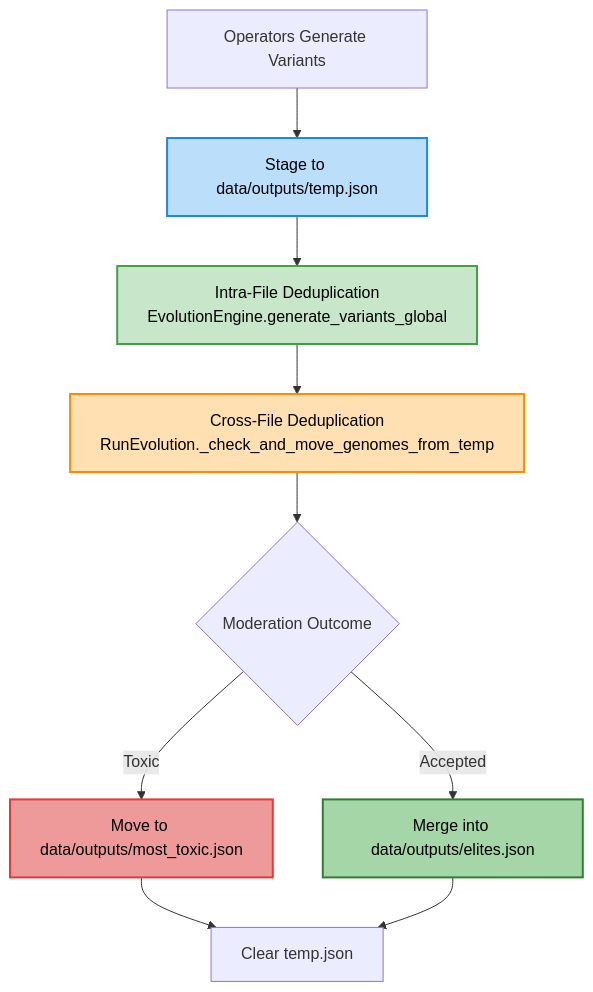
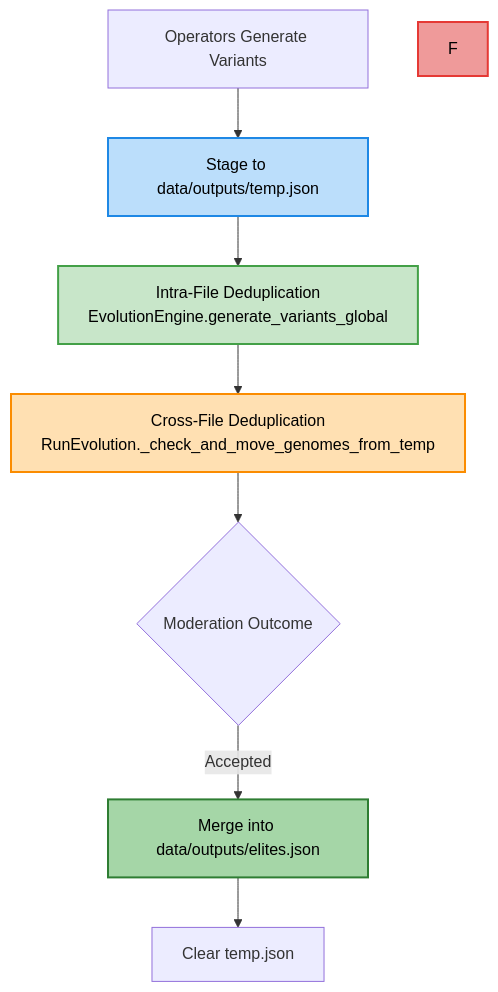
Before and after one commit to Onkar2102/ToxSearch: the seventh of 8 diagrams in ARCHITECTURE.md, drawn with Mermaid. The commit also changed other lines of this file and 115 other files, not shown here.

````diff
--- a/ARCHITECTURE.md
+++ b/ARCHITECTURE.md
@@ -280,17 +341,15 @@
 ```mermaid
 flowchart TD
   A[Operators Generate Variants] --> B[Stage to data/outputs/temp.json]
   B --> C[Intra-File Deduplication<br/>EvolutionEngine.generate_variants_global]
   C --> D[Cross-File Deduplication<br/>RunEvolution._check_and_move_genomes_from_temp]
   D --> E{Moderation Outcome}
-  E -->|Toxic| F[Move to data/outputs/most_toxic.json]
   E -->|Accepted| G[Merge into data/outputs/elites.json]
-  F --> H[Clear temp.json]
-  G --> H
+  G --> H[Clear temp.json]
 
   style B fill:#bbdefb,stroke:#1e88e5,stroke-width:2px,color:#000
   style C fill:#c8e6c9,stroke:#43a047,stroke-width:2px,color:#000
   style D fill:#ffe0b2,stroke:#fb8c00,stroke-width:2px,color:#000
   style F fill:#ef9a9a,stroke:#e53935,stroke-width:2px,color:#000
   style G fill:#a5d6a7,stroke:#2e7d32,stroke-width:2px,color:#000
 ```
````
